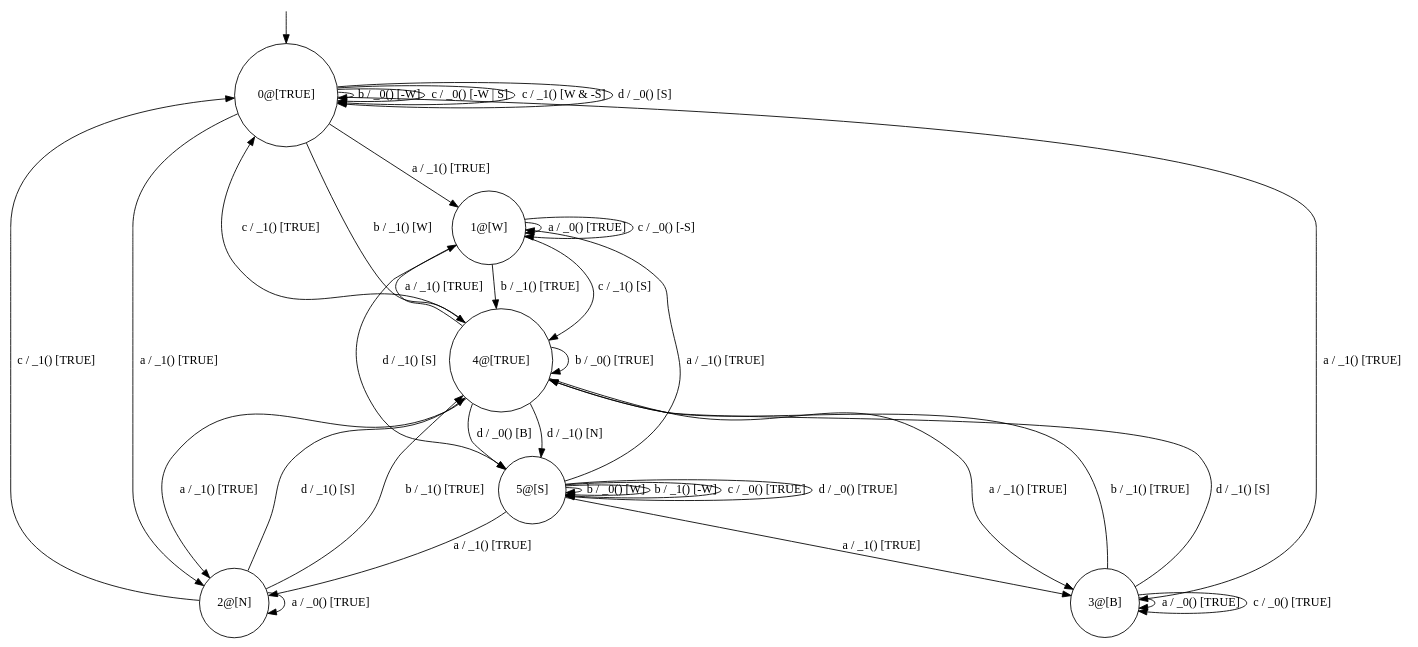
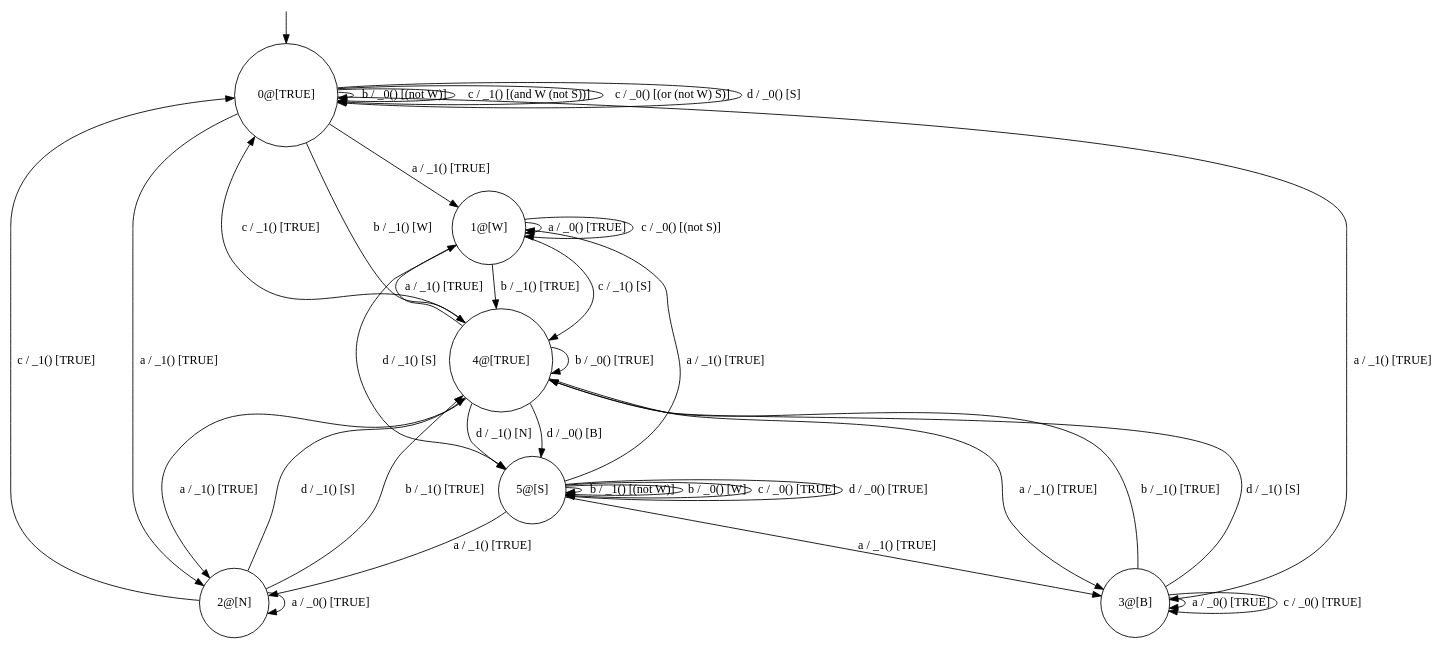
The diagram in FM_Analysis/agm/fsm_agm_1-fsm_agm_2/original.dot (damascenodiego/learningFFSM), drawn with Graphviz before and after one commit. The commit also changed 7 other files, not shown here.

```diff
--- a/FM_Analysis/agm/fsm_agm_1-fsm_agm_2/original.dot
+++ b/FM_Analysis/agm/fsm_agm_1-fsm_agm_2/original.dot
@@ -1,46 +1,46 @@
 digraph g {
 	edge [lblstyle="above, sloped"];
 	s0 [shape="circle" label="0@[TRUE]"];
 	s1 [shape="circle" label="1@[W]"];
 	s2 [shape="circle" label="2@[N]"];
 	s3 [shape="circle" label="3@[B]"];
 	s4 [shape="circle" label="4@[TRUE]"];
 	s5 [shape="circle" label="5@[S]"];
+	s0 -> s1 [label="a / _1() [TRUE]"];
+	s0 -> s3 [label="a / _1() [TRUE]"];
 	s0 -> s2 [label="a / _1() [TRUE]"];
-	s0 -> s3 [label="a / _1() [TRUE]"];
-	s0 -> s1 [label="a / _1() [TRUE]"];
-	s0 -> s0 [label="b / _0() [-W]"];
+	s0 -> s0 [label="b / _0() [(not W)]"];
 	s0 -> s4 [label="b / _1() [W]"];
-	s0 -> s0 [label="c / _0() [-W | S]"];
-	s0 -> s0 [label="c / _1() [W & -S]"];
+	s0 -> s0 [label="c / _1() [(and W (not S))]"];
+	s0 -> s0 [label="c / _0() [(or (not W) S)]"];
 	s0 -> s0 [label="d / _0() [S]"];
 	s1 -> s1 [label="a / _0() [TRUE]"];
 	s1 -> s4 [label="b / _1() [TRUE]"];
-	s1 -> s1 [label="c / _0() [-S]"];
 	s1 -> s4 [label="c / _1() [S]"];
+	s1 -> s1 [label="c / _0() [(not S)]"];
 	s1 -> s5 [label="d / _1() [S]"];
 	s2 -> s2 [label="a / _0() [TRUE]"];
 	s2 -> s4 [label="b / _1() [TRUE]"];
 	s2 -> s0 [label="c / _1() [TRUE]"];
 	s2 -> s4 [label="d / _1() [S]"];
 	s3 -> s3 [label="a / _0() [TRUE]"];
 	s3 -> s4 [label="b / _1() [TRUE]"];
 	s3 -> s3 [label="c / _0() [TRUE]"];
 	s3 -> s4 [label="d / _1() [S]"];
-	s4 -> s1 [label="a / _1() [TRUE]"];
 	s4 -> s3 [label="a / _1() [TRUE]"];
 	s4 -> s2 [label="a / _1() [TRUE]"];
+	s4 -> s1 [label="a / _1() [TRUE]"];
 	s4 -> s4 [label="b / _0() [TRUE]"];
 	s4 -> s0 [label="c / _1() [TRUE]"];
+	s4 -> s5 [label="d / _0() [B]"];
 	s4 -> s5 [label="d / _1() [N]"];
-	s4 -> s5 [label="d / _0() [B]"];
+	s5 -> s2 [label="a / _1() [TRUE]"];
 	s5 -> s1 [label="a / _1() [TRUE]"];
-	s5 -> s2 [label="a / _1() [TRUE]"];
 	s5 -> s3 [label="a / _1() [TRUE]"];
+	s5 -> s5 [label="b / _1() [(not W)]"];
 	s5 -> s5 [label="b / _0() [W]"];
-	s5 -> s5 [label="b / _1() [-W]"];
 	s5 -> s5 [label="c / _0() [TRUE]"];
 	s5 -> s5 [label="d / _0() [TRUE]"];
 	__start0 [label="" shape="none" width="0" height="0"];
 	__start0 -> s0;
 }
```
